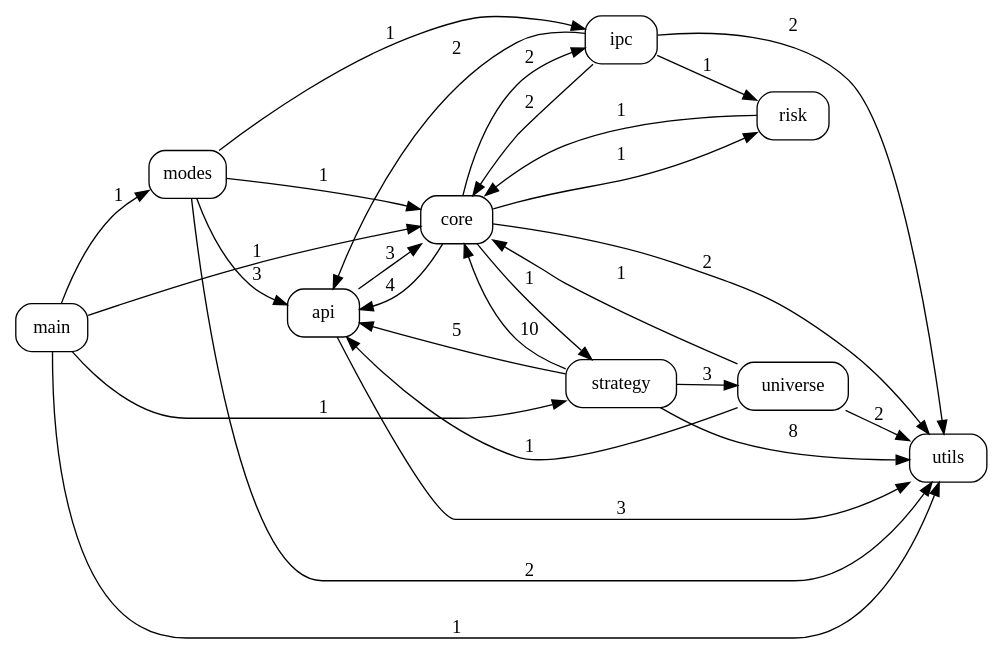
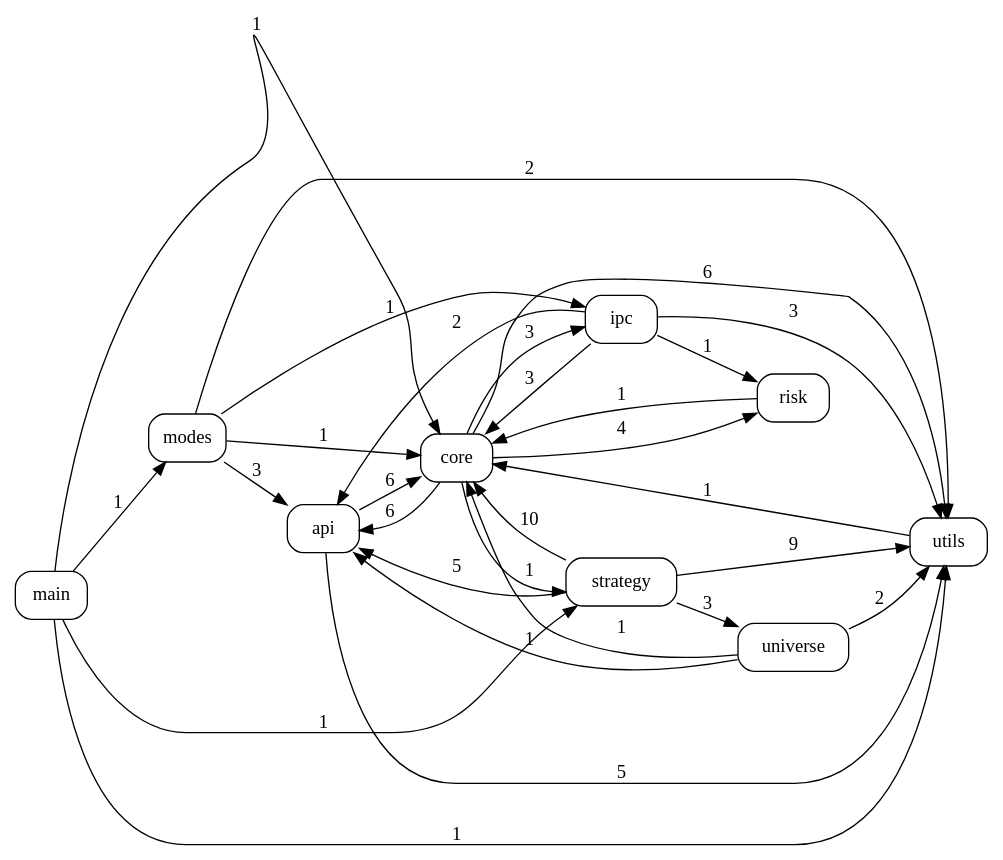
Before and after one commit to pypy8171/Quant: the diagram in docs/code_graph.dot, drawn with Graphviz. The commit also changed 2 other files, not shown here.

Commit message:
docs(graph): Engine 분할 뒤 코드 의존 그래프를 다시 만든다
D-060~D-067로 생긴 헤더·구현(`RegimeFileBridge`·`LedgerReconciler`·`DataPoller`·`SignalDispatcher`·`OrderPacer`·`IMarketDataSource`·`GateReasons`)이 그래프에 없었다. `py scripts/gen_code_graph.py --json`으로 md·dot·json 셋을 재생성했다. 손편집 없음. `docs/facts.json`은 이 worktree에 설정 파일이 없어 여기서 만들지 않는다 — 메인 트리에서 `py scripts/gen_facts.py`로 따로 만든다.

```diff
--- a/docs/code_graph.dot
+++ b/docs/code_graph.dot
@@ -1,40 +1,41 @@
 digraph code_graph {
   rankdir=LR;
   node [shape=box, style=rounded, fontname="Consolas"];
   "api";
   "core";
   "ipc";
   "main";
   "modes";
   "risk";
   "strategy";
   "universe";
   "utils";
-  "api" -> "core" [label="3"];
-  "api" -> "utils" [label="3"];
-  "core" -> "api" [label="4"];
-  "core" -> "ipc" [label="2"];
-  "core" -> "risk" [label="1"];
+  "api" -> "core" [label="6"];
+  "api" -> "utils" [label="5"];
+  "core" -> "api" [label="6"];
+  "core" -> "ipc" [label="3"];
+  "core" -> "risk" [label="4"];
   "core" -> "strategy" [label="1"];
-  "core" -> "utils" [label="2"];
+  "core" -> "utils" [label="6"];
   "ipc" -> "api" [label="2"];
-  "ipc" -> "core" [label="2"];
+  "ipc" -> "core" [label="3"];
   "ipc" -> "risk" [label="1"];
-  "ipc" -> "utils" [label="2"];
+  "ipc" -> "utils" [label="3"];
   "main" -> "core" [label="1"];
   "main" -> "modes" [label="1"];
   "main" -> "strategy" [label="1"];
   "main" -> "utils" [label="1"];
   "modes" -> "api" [label="3"];
   "modes" -> "core" [label="1"];
   "modes" -> "ipc" [label="1"];
   "modes" -> "utils" [label="2"];
   "risk" -> "core" [label="1"];
   "strategy" -> "api" [label="5"];
   "strategy" -> "core" [label="10"];
   "strategy" -> "universe" [label="3"];
-  "strategy" -> "utils" [label="8"];
+  "strategy" -> "utils" [label="9"];
   "universe" -> "api" [label="1"];
   "universe" -> "core" [label="1"];
   "universe" -> "utils" [label="2"];
+  "utils" -> "core" [label="1"];
 }
```
